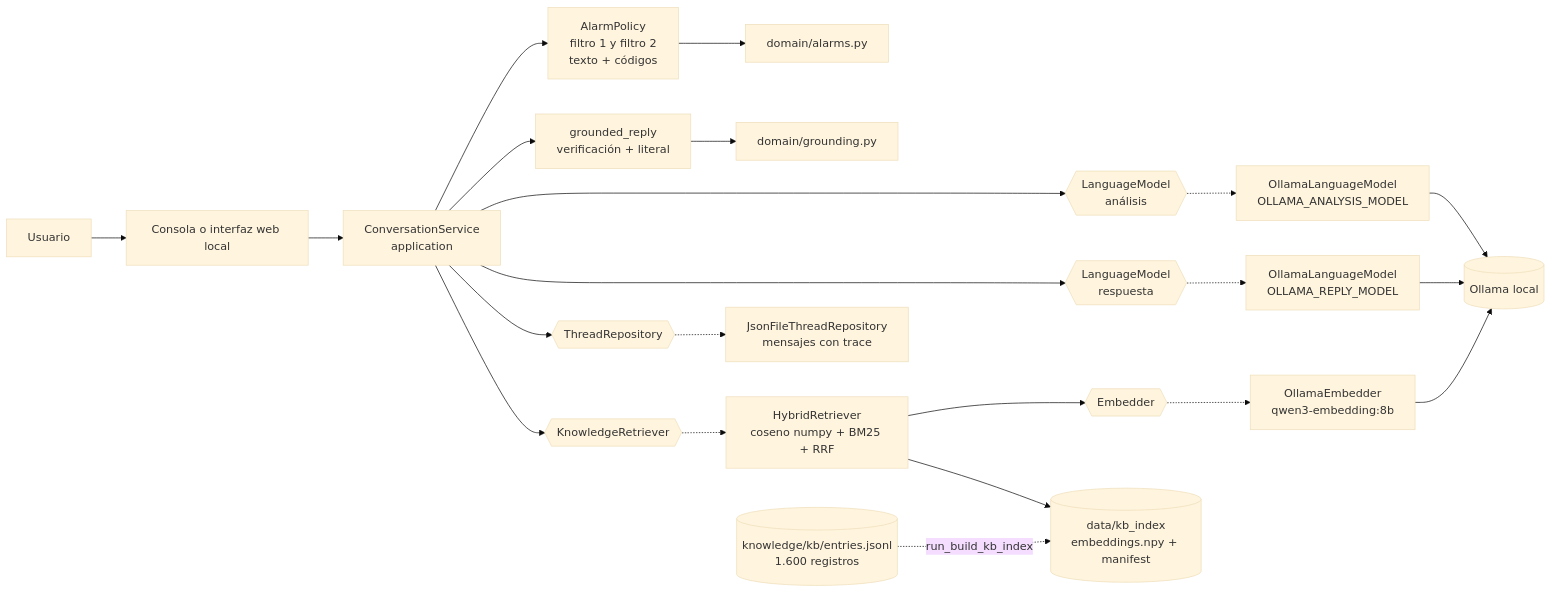
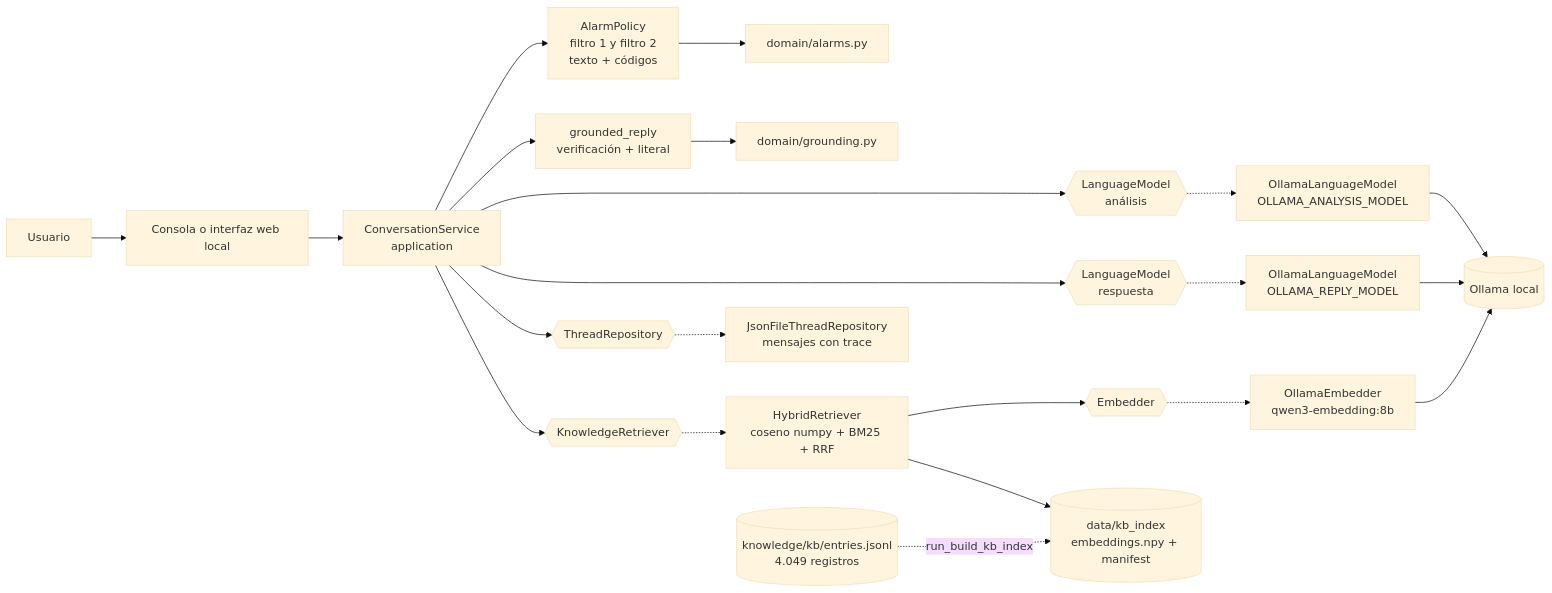
Before and after one commit to NicolasCastilloGaleano/chatbot-cardio-materno: the third of 5 diagrams in docs/02-arquitectura/arquitectura.md, drawn with Mermaid (base theme). The commit also changed other lines of this file and 80 other files, not shown here.

````diff
--- a/docs/02-arquitectura/arquitectura.md
+++ b/docs/02-arquitectura/arquitectura.md
@@ -89,21 +89,21 @@
 ```mermaid
 flowchart LR
     U[Usuario] --> CC[Consola o interfaz web local]
     CC --> CS[ConversationService<br/>application]
     CS --> AP[AlarmPolicy<br/>filtro 1 y filtro 2<br/>texto + códigos]
     AP --> DA[domain/alarms.py]
     CS --> AN{{LanguageModel<br/>análisis}}
     CS --> KR{{KnowledgeRetriever}}
     CS --> RE{{LanguageModel<br/>respuesta}}
     CS --> TR{{ThreadRepository}}
     CS --> GR[grounded_reply<br/>verificación + literal]
     GR --> DG[domain/grounding.py]
     AN -.-> OL1[OllamaLanguageModel<br/>OLLAMA_ANALYSIS_MODEL]
     RE -.-> OL2[OllamaLanguageModel<br/>OLLAMA_REPLY_MODEL]
     KR -.-> HR[HybridRetriever<br/>coseno numpy + BM25 + RRF]
     HR --> EM{{Embedder}} -.-> OE[OllamaEmbedder<br/>qwen3-embedding:8b]
     HR --> VI[(data/kb_index<br/>embeddings.npy + manifest)]
-    KB[(knowledge/kb/entries.jsonl<br/>1.600 registros)] -. run_build_kb_index .-> VI
+    KB[(knowledge/kb/entries.jsonl<br/>4.049 registros)] -. run_build_kb_index .-> VI
     TR -.-> JR[JsonFileThreadRepository<br/>mensajes con trace]
     OL1 & OL2 & OE --> OLL[(Ollama local)]
 ```
````
